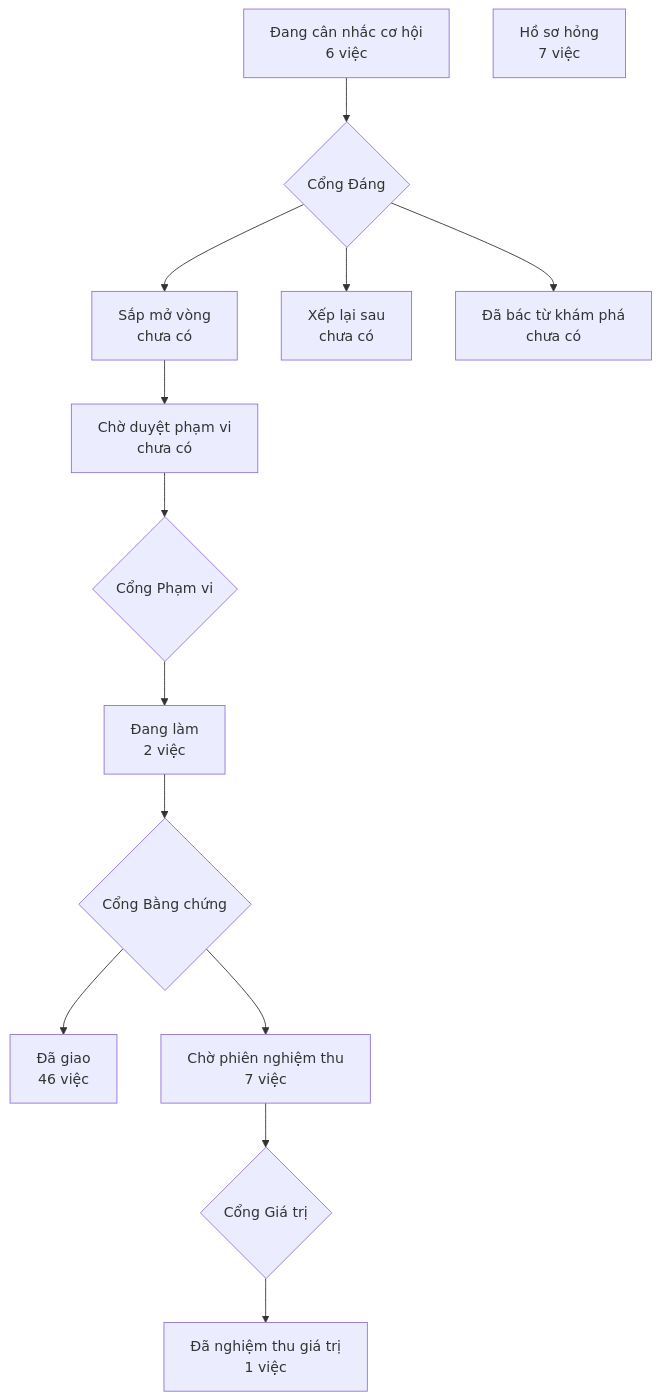
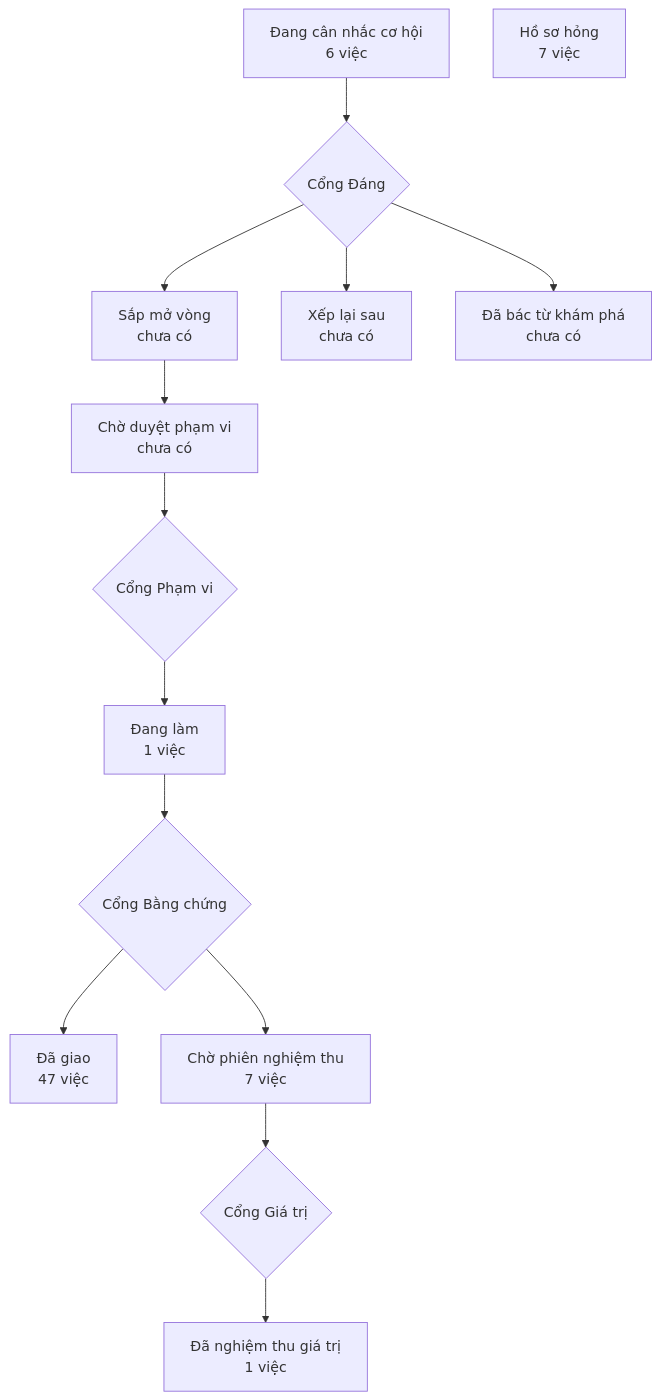
One commit to phanlemanh/crm-onehub changed the diagram in PRODUCT-MAP.md. Above: the diagram before and after it, drawn with Mermaid. The commit also changed other lines of this file and 2 other files, not shown here.

Commit message:
gate2(keo-tha-thoa-thuan): định tuyến sáu mục ngoài hợp đồng, máy thông — cửa veto mở
Ngoài-1..6 ghi Known limits, đồng ý phạm vi cắt, phê bốn quyết định sau
Cổng 1 — theo Manh Phan 2026-09-23. Không chữ ký người («để yên»).

````diff
--- a/PRODUCT-MAP.md
+++ b/PRODUCT-MAP.md
@@ -6,13 +6,13 @@
 ```mermaid
 flowchart TD
   A["Đang cân nhắc cơ hội<br/>6 việc"] --> GD{"Cổng Đáng"}
   GD --> B["Sắp mở vòng<br/>chưa có"]
   GD --> XL["Xếp lại sau<br/>chưa có"]
   GD --> DB["Đã bác từ khám phá<br/>chưa có"]
   B --> CD["Chờ duyệt phạm vi<br/>chưa có"] --> GP{"Cổng Phạm vi"}
-  GP --> DL["Đang làm<br/>2 việc"] --> GB{"Cổng Bằng chứng"}
-  GB --> DG["Đã giao<br/>46 việc"]
+  GP --> DL["Đang làm<br/>1 việc"] --> GB{"Cổng Bằng chứng"}
+  GB --> DG["Đã giao<br/>47 việc"]
   GB --> CN["Chờ phiên nghiệm thu<br/>7 việc"] --> GG{"Cổng Giá trị"}
   GG --> NT["Đã nghiệm thu giá trị<br/>1 việc"]
   HS["Hồ sơ hỏng<br/>7 việc"]
 ```
````
